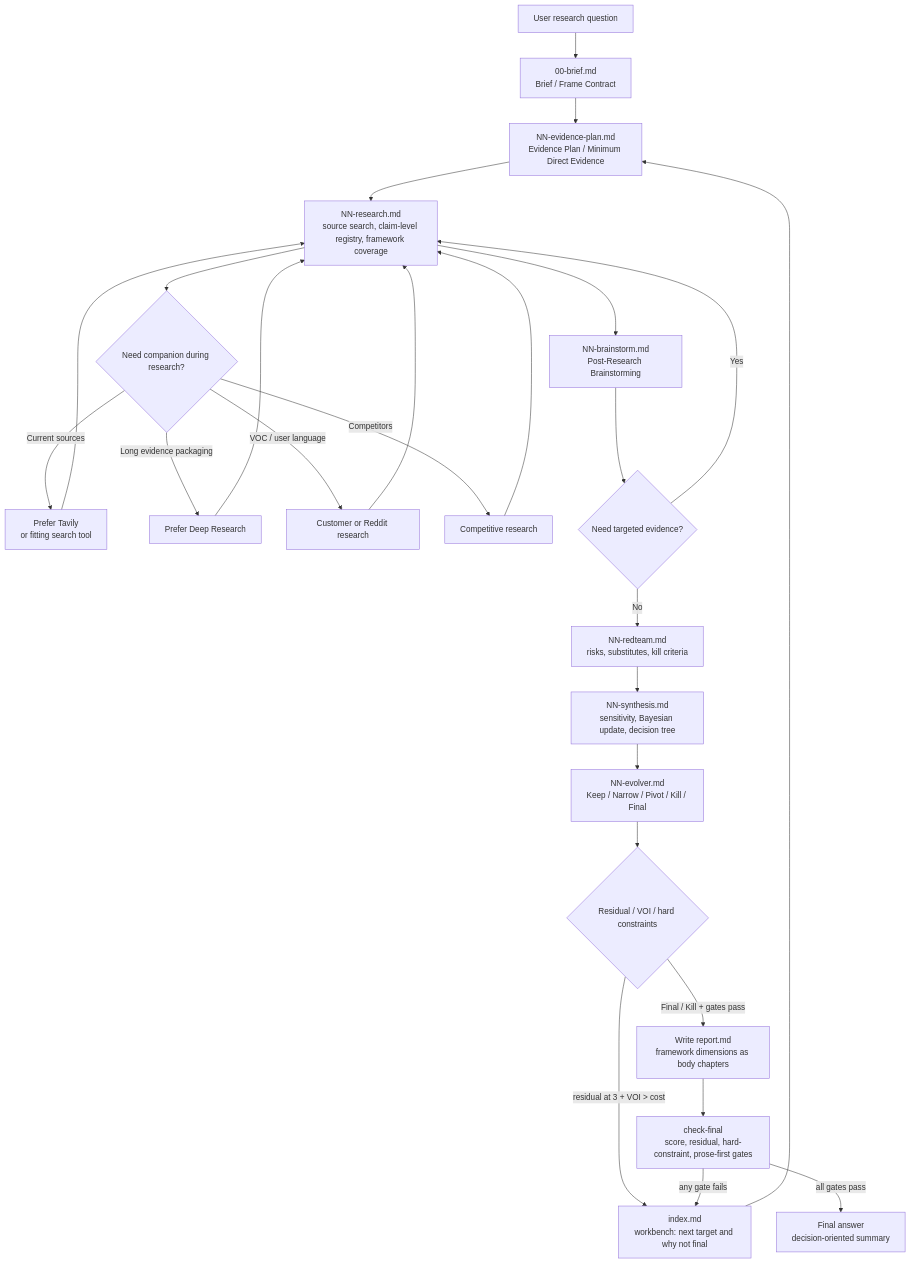
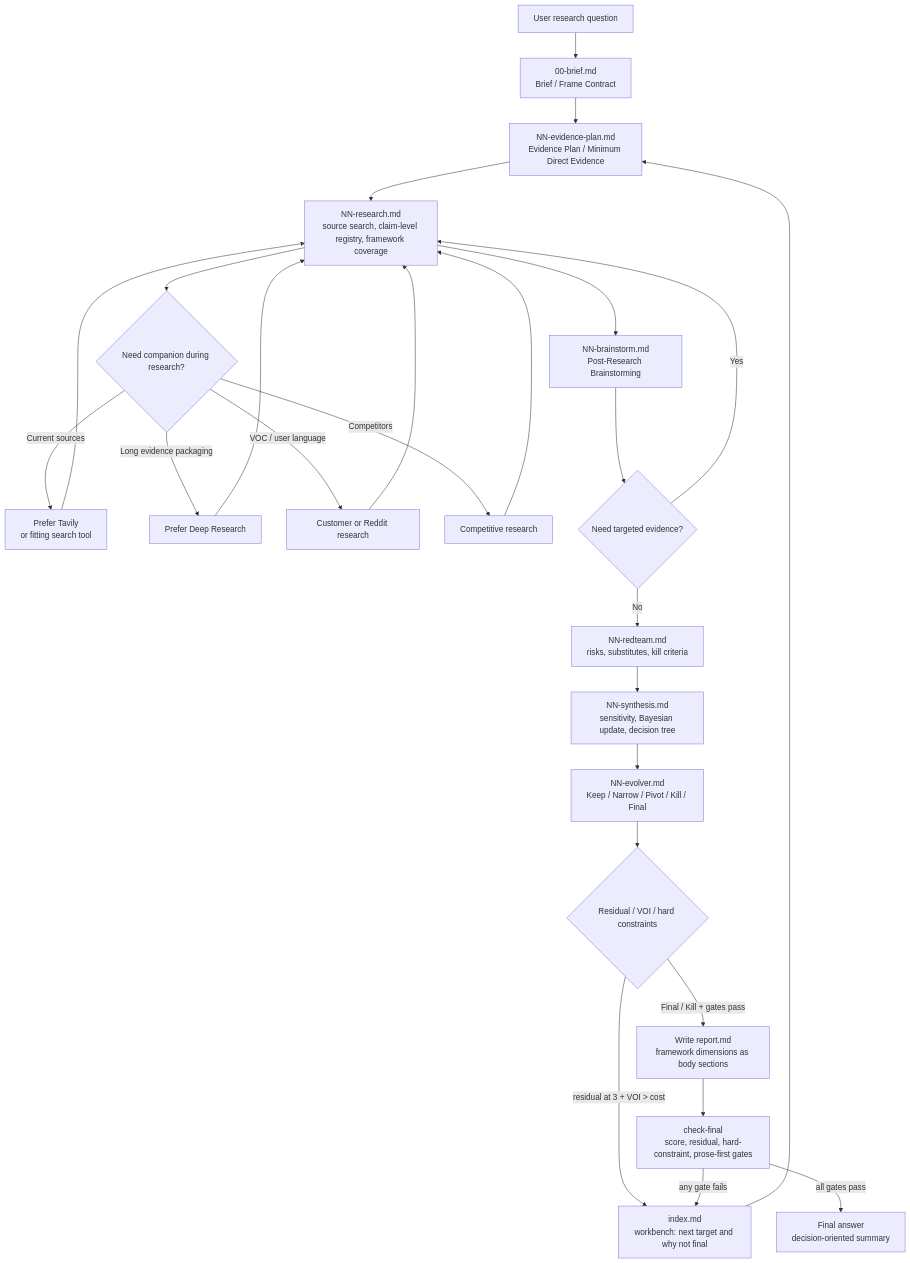
The diagram in README.md (GoatGit/super-survey), drawn with Mermaid before and after one commit. The commit also changed other lines of this file and 7 other files, not shown here.

````diff
--- a/README.md
+++ b/README.md
@@ -250,28 +252,28 @@
 ```mermaid
 flowchart TD
     A[User research question] --> B[00-brief.md<br/>Brief / Frame Contract]
     B --> P[NN-evidence-plan.md<br/>Evidence Plan / Minimum Direct Evidence]
     P --> C[NN-research.md<br/>source search, claim-level registry, framework coverage]
     C --> D{Need companion during research?}
     D -->|Current sources| D1[Prefer Tavily<br/>or fitting search tool]
     D -->|Long evidence packaging| D2[Prefer Deep Research]
     D -->|VOC / user language| D3[Customer or Reddit research]
     D -->|Competitors| D4[Competitive research]
     D1 --> C
     D2 --> C
     D3 --> C
     D4 --> C
     C --> E[NN-brainstorm.md<br/>Post-Research Brainstorming]
     E --> X{Need targeted evidence?}
     X -->|Yes| C
     X -->|No| F[NN-redteam.md<br/>risks, substitutes, kill criteria]
     F --> G[NN-synthesis.md<br/>sensitivity, Bayesian update, decision tree]
     G --> H[NN-evolver.md<br/>Keep / Narrow / Pivot / Kill / Final]
     H --> V{Residual / VOI / hard constraints}
     V -->|residual at 3 + VOI > cost| I[index.md<br/>workbench: next target and why not final]
     I --> P
-    V -->|Final / Kill + gates pass| J[Write report.md<br/>framework dimensions as body chapters]
+    V -->|Final / Kill + gates pass| J[Write report.md<br/>framework dimensions as body sections]
     J --> R[check-final<br/>score, residual, hard-constraint, prose-first gates]
     R -->|any gate fails| I
     R -->|all gates pass| K[Final answer<br/>decision-oriented summary]
 ```
````
